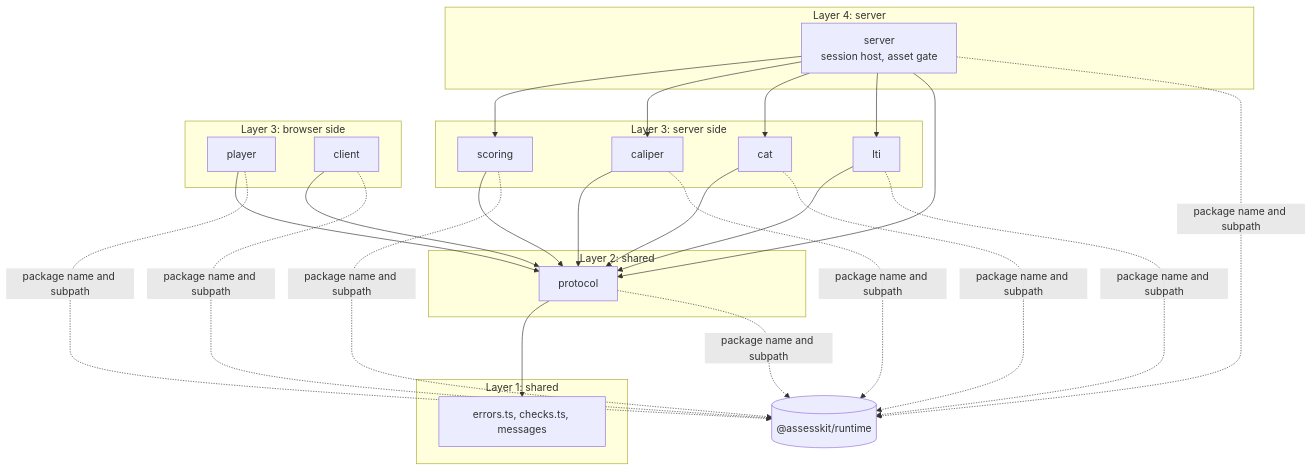
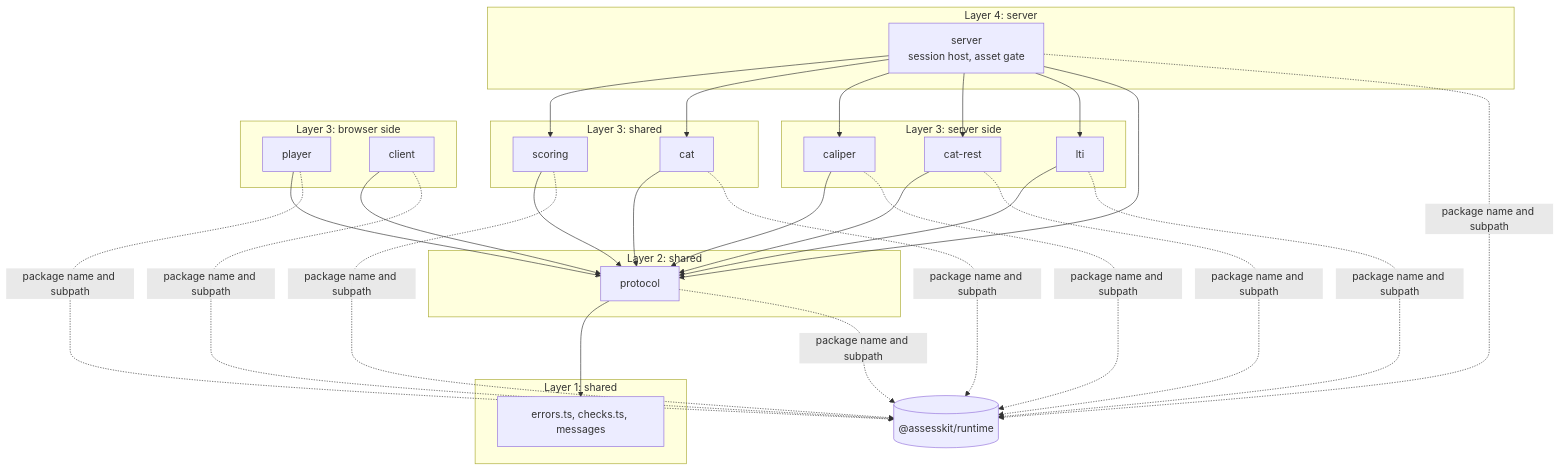
The diagram in docs/player/architecture.md (assesskit/assesskit), drawn with Mermaid before and after one commit. The commit also changed other lines of this file and 29 other files, not shown here.

First line of the commit message:
Keep the REST client of a CAT engine on servers

````diff
--- a/docs/player/architecture.md
+++ b/docs/player/architecture.md
@@ -6,29 +6,32 @@
 ```mermaid
 flowchart TB
   subgraph L4["Layer 4: server"]
     server["server<br/>session host, asset gate"]
   end
-  subgraph L3b["Layer 3: server side"]
+  subgraph L3c["Layer 3: server side"]
+    caliper["caliper"]
+    catRest["cat-rest"]
+    lti["lti"]
+  end
+  subgraph L3b["Layer 3: shared"]
     scoring["scoring"]
-    caliper["caliper"]
     cat["cat"]
-    lti["lti"]
   end
   subgraph L3a["Layer 3: browser side"]
     player["player"]
     client["client"]
   end
   subgraph L2["Layer 2: shared"]
     protocol["protocol"]
   end
   subgraph L1["Layer 1: shared"]
     base["errors.ts, checks.ts, messages"]
   end
-  server --> scoring & caliper & cat & lti
+  server --> scoring & cat & caliper & catRest & lti
   server --> protocol
-  scoring & caliper & cat & lti --> protocol
+  scoring & cat & caliper & catRest & lti --> protocol
   player & client --> protocol
   protocol --> base
   runtime[("@assesskit/runtime")]
-  player & client & server & scoring & caliper & cat & lti & protocol -.->|package name and subpath| runtime
+  player & client & server & scoring & cat & caliper & catRest & lti & protocol -.->|package name and subpath| runtime
 ```
````
